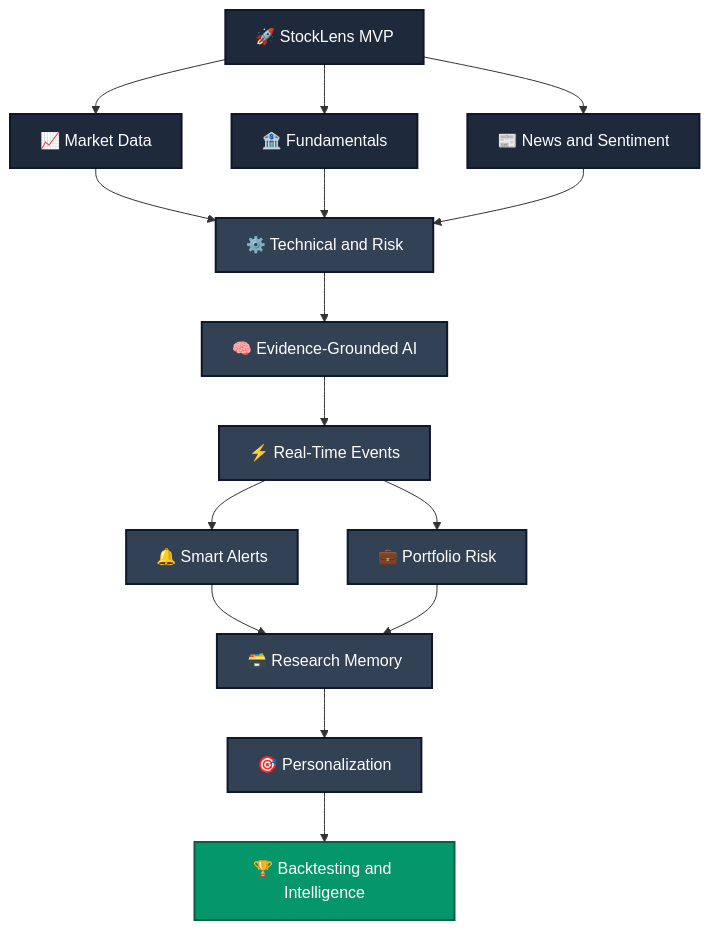
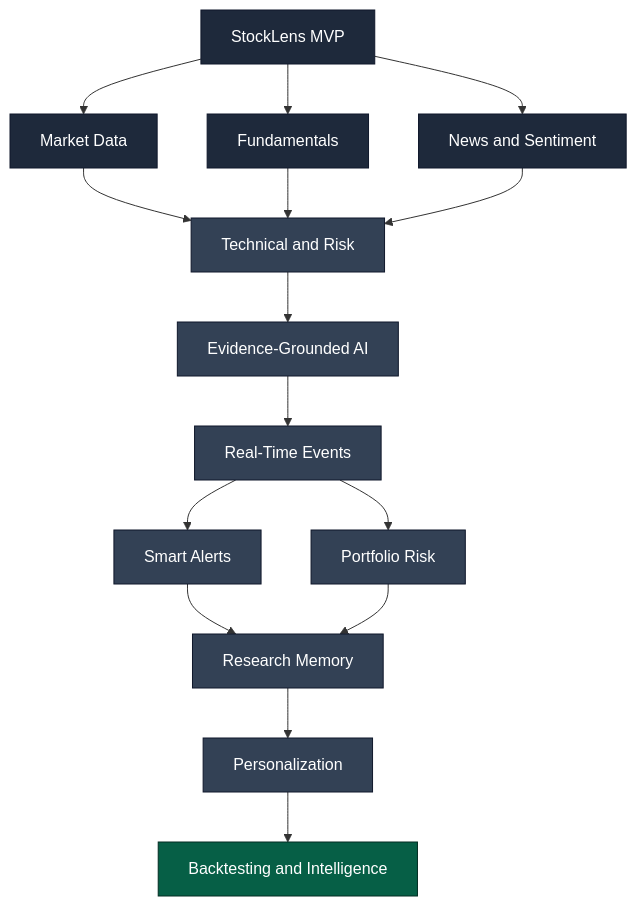
The second of 7 diagrams in README.md (bbhavya34/StockLens), drawn with Mermaid before and after one commit. The commit also changed other lines of this file, not shown here.

````diff
--- a/README.md
+++ b/README.md
@@ -119,25 +114,25 @@
 ```mermaid
 flowchart TB
-    A[🚀 StockLens MVP] --> B[📈 Market Data]
-    A --> C[🏦 Fundamentals]
-    A --> D[📰 News and Sentiment]
-    B --> E[⚙️ Technical and Risk]
+    A[StockLens MVP] --> B[Market Data]
+    A --> C[Fundamentals]
+    A --> D[News and Sentiment]
+    B --> E[Technical and Risk]
     C --> E
     D --> E
-    E --> F[🧠 Evidence-Grounded AI]
-    F --> G[⚡ Real-Time Events]
-    G --> H[🔔 Smart Alerts]
-    G --> I[💼 Portfolio Risk]
-    H --> J[🗃️ Research Memory]
+    E --> F[Evidence-Grounded AI]
+    F --> G[Real-Time Events]
+    G --> H[Smart Alerts]
+    G --> I[Portfolio Risk]
+    H --> J[Research Memory]
     I --> J
-    J --> K[🎯 Personalization]
-    K --> L[🏆 Backtesting and Intelligence]
+    J --> K[Personalization]
+    K --> L[Backtesting and Intelligence]
 
-    classDef base fill:#1E293B,stroke:#0F172A,color:#fff,stroke-width:2px
-    classDef mid fill:#334155,stroke:#0F172A,color:#fff,stroke-width:2px
-    classDef final fill:#059669,stroke:#065F46,color:#fff,stroke-width:2px
+    classDef base fill:#1E293B,stroke:#0F172A,color:#fff,stroke-width:1px
+    classDef mid fill:#334155,stroke:#0F172A,color:#fff,stroke-width:1px
+    classDef final fill:#065F46,stroke:#022C22,color:#fff,stroke-width:1px
 
     class A,B,C,D base
     class E,F,G,H,I,J,K mid
     class L final
 ```
````
